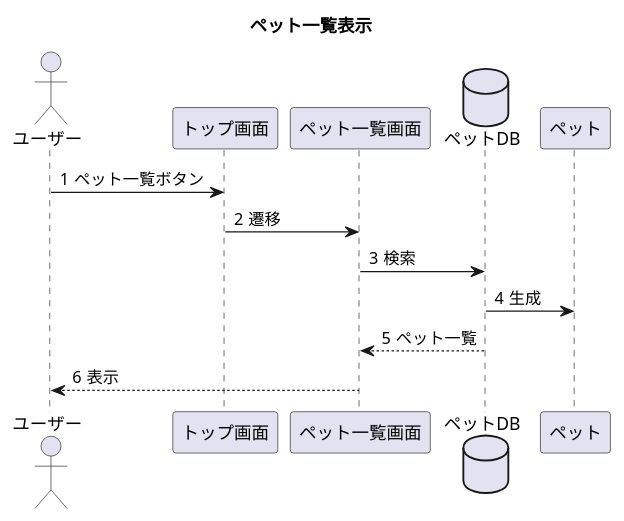
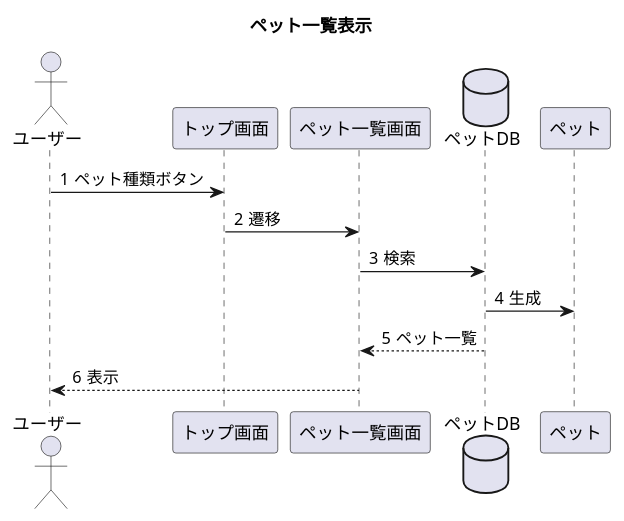
The diagram in UML/seq_petList.pu (Tyamanaka07/WebSystem), drawn with PlantUML before and after one commit. The commit also changed 4 other files, not shown here.

```diff
--- a/UML/seq_petList.pu
+++ b/UML/seq_petList.pu
@@ -1,16 +1,16 @@
 @startuml
 title ペット一覧表示
 actor ユーザー
 participant トップ画面
 participant ペット一覧画面
 database ペットDB
 autonumber "#"
 
-ユーザー->トップ画面:ペット一覧ボタン
+ユーザー->トップ画面:ペット種類ボタン
 トップ画面->ペット一覧画面:遷移
 ペット一覧画面->ペットDB:検索
 ペットDB->ペット:生成
 ペットDB-->ペット一覧画面:ペット一覧
 ペット一覧画面-->ユーザー:表示
 
 @enduml
```
